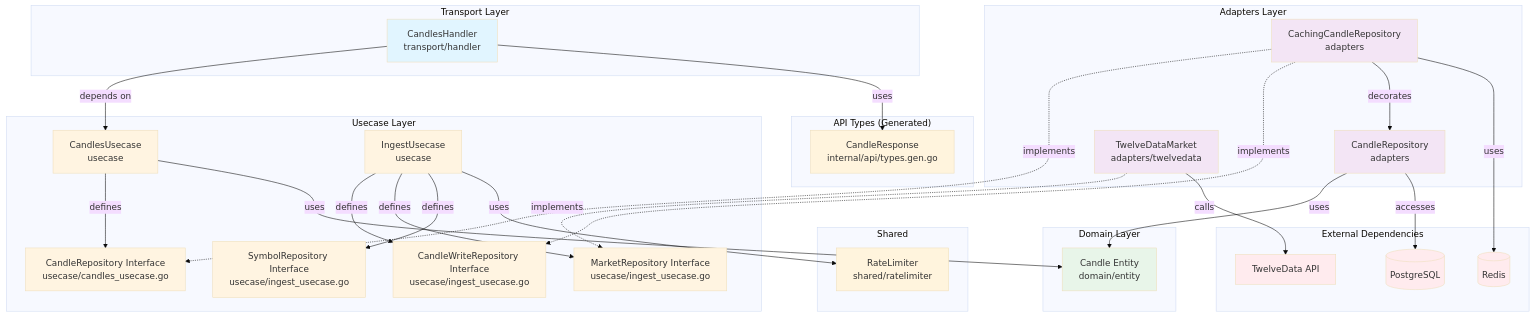
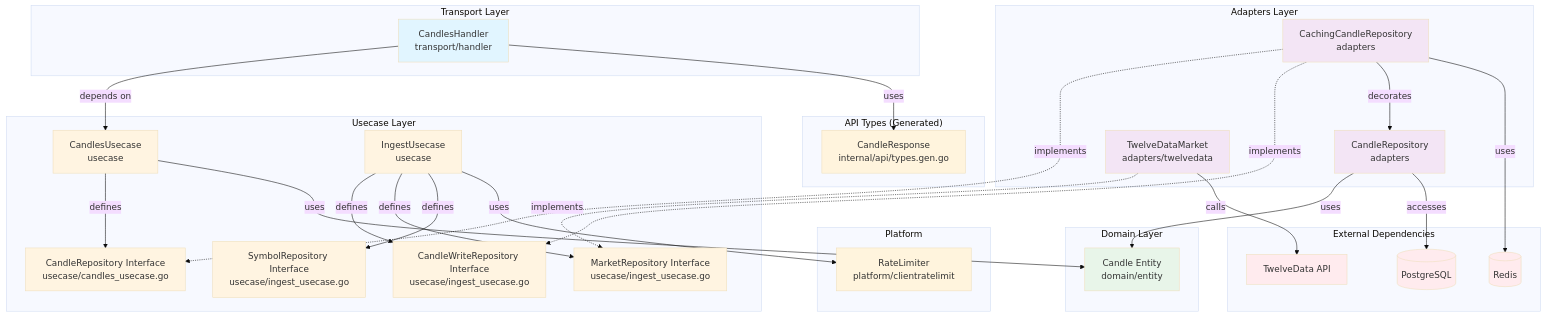
One commit to UCHIDAnobuhiro/stock_backend changed the third of 3 diagrams in internal/feature/candles/README.md. Above: the diagram before and after it, drawn with Mermaid (base theme). The commit also changed other lines of this file and 19 other files, not shown here.

````diff
--- a/internal/feature/candles/README.md
+++ b/internal/feature/candles/README.md
@@ -211,71 +211,71 @@
 ```mermaid
 graph TB
     subgraph "Transport Layer"
         Handler[CandlesHandler<br/>transport/handler]
     end
 
     subgraph "API Types (Generated)"
         APITypes[CandleResponse<br/>internal/api/types.gen.go]
     end
 
     subgraph "Usecase Layer"
         CandlesUC[CandlesUsecase<br/>usecase]
         IngestUC[IngestUsecase<br/>usecase]
         ReadInterface[CandleRepository Interface<br/>usecase/candles_usecase.go]
         WriteInterface[CandleWriteRepository Interface<br/>usecase/ingest_usecase.go]
         MarketInterface[MarketRepository Interface<br/>usecase/ingest_usecase.go]
         SymbolInterface[SymbolRepository Interface<br/>usecase/ingest_usecase.go]
     end
 
     subgraph "Domain Layer"
         Entity[Candle Entity<br/>domain/entity]
     end
 
     subgraph "Adapters Layer"
         RepoImpl[CandleRepository<br/>adapters]
         Cache[CachingCandleRepository<br/>adapters]
         TwelveData[TwelveDataMarket<br/>adapters/twelvedata]
     end
 
-    subgraph "Shared"
-        RateLimiter[RateLimiter<br/>shared/ratelimiter]
+    subgraph "Platform"
+        RateLimiter[RateLimiter<br/>platform/clientratelimit]
     end
 
     subgraph "External Dependencies"
         DB[(PostgreSQL)]
         Redis[(Redis)]
         API[TwelveData API]
     end
 
     Handler -->|depends on| CandlesUC
     Handler -->|uses| APITypes
     CandlesUC -->|defines| ReadInterface
     CandlesUC -->|uses| Entity
     IngestUC -->|defines| WriteInterface
     IngestUC -->|defines| MarketInterface
     IngestUC -->|defines| SymbolInterface
     IngestUC -->|uses| RateLimiter
     Cache -.->|implements| ReadInterface
     Cache -.->|implements| WriteInterface
     Cache -->|decorates| RepoImpl
     Cache -->|uses| Redis
     RepoImpl -->|uses| Entity
     RepoImpl -->|accesses| DB
     TwelveData -.->|implements| MarketInterface
     TwelveData -->|calls| API
 
     style Handler fill:#e1f5ff
     style CandlesUC fill:#fff4e1
     style IngestUC fill:#fff4e1
     style Entity fill:#e8f5e9
     style ReadInterface fill:#fff4e1
     style WriteInterface fill:#fff4e1
     style MarketInterface fill:#fff4e1
     style SymbolInterface fill:#fff4e1
     style RepoImpl fill:#f3e5f5
     style Cache fill:#f3e5f5
     style TwelveData fill:#f3e5f5
     style DB fill:#ffebee
     style Redis fill:#ffebee
     style API fill:#ffebee
 ```
````
